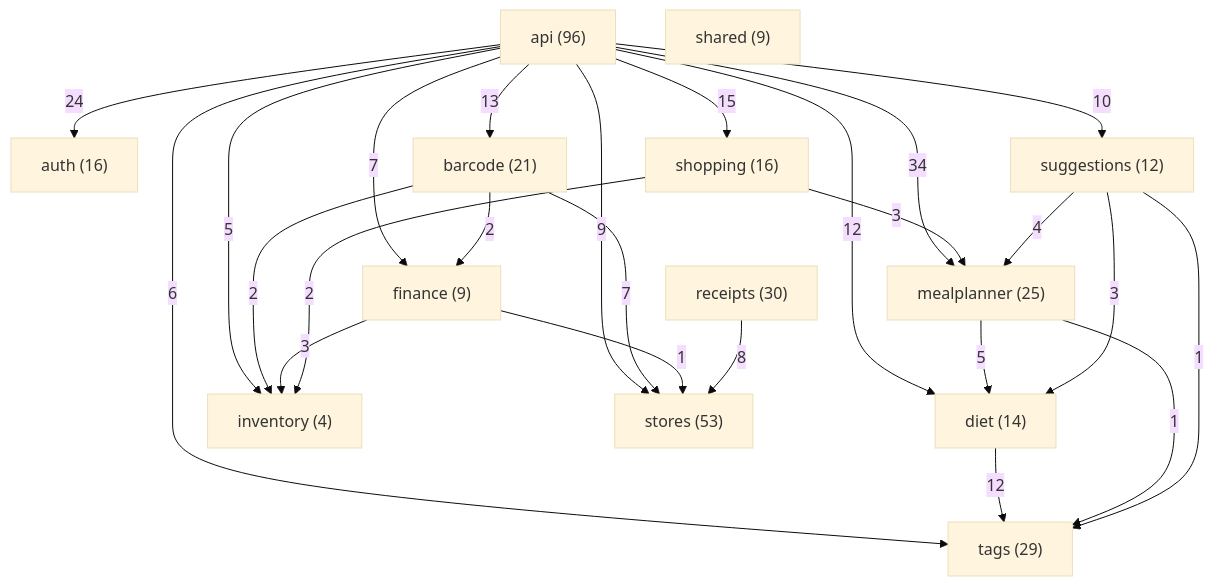
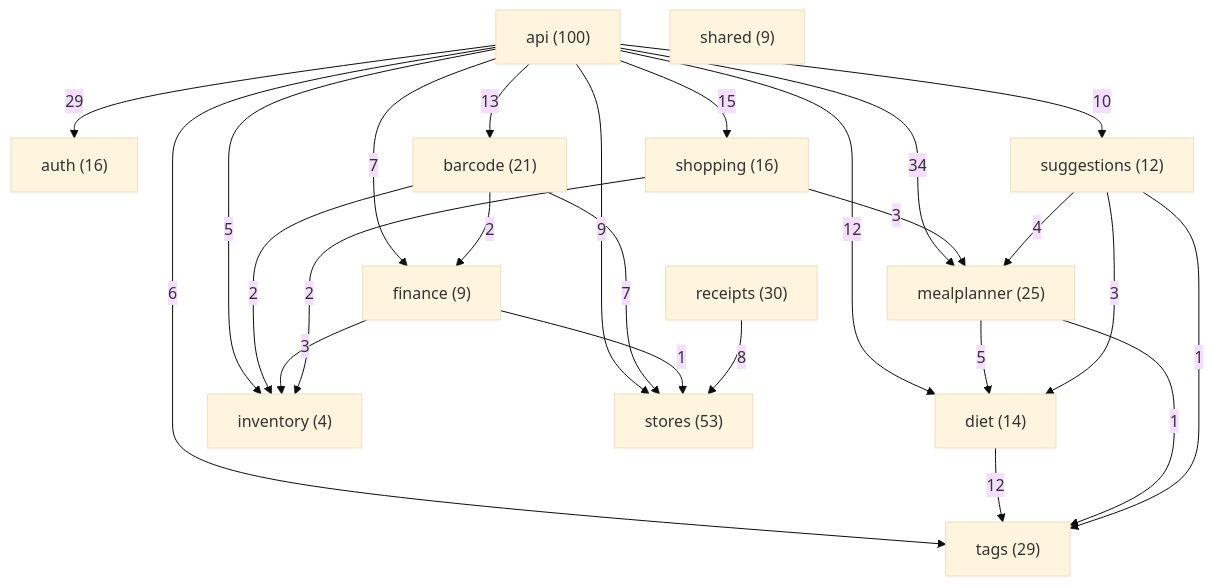
One commit to Nate-ryan-7690/dahaem changed the diagram in docs/classes/README.md. Above: the diagram before and after it, drawn with Mermaid (base theme). The commit also changed other lines of this file and 4 other files, not shown here.

````diff
--- a/docs/classes/README.md
+++ b/docs/classes/README.md
@@ -9,40 +9,40 @@
 ```mermaid
 flowchart TD
-    api["api (96)"]
+    api["api (100)"]
     auth["auth (16)"]
     barcode["barcode (21)"]
     diet["diet (14)"]
     finance["finance (9)"]
     inventory["inventory (4)"]
     mealplanner["mealplanner (25)"]
     receipts["receipts (30)"]
     shared["shared (9)"]
     shopping["shopping (16)"]
     stores["stores (53)"]
     suggestions["suggestions (12)"]
     tags["tags (29)"]
-    api -->|24| auth
+    api -->|29| auth
     api -->|13| barcode
     api -->|12| diet
     api -->|7| finance
     api -->|5| inventory
     api -->|34| mealplanner
     api -->|15| shopping
     api -->|9| stores
     api -->|10| suggestions
     api -->|6| tags
     barcode -->|2| finance
     barcode -->|2| inventory
     barcode -->|7| stores
     diet -->|12| tags
     finance -->|3| inventory
     finance -->|1| stores
     mealplanner -->|5| diet
     mealplanner -->|1| tags
     receipts -->|8| stores
     shopping -->|2| inventory
     shopping -->|3| mealplanner
     suggestions -->|3| diet
     suggestions -->|4| mealplanner
     suggestions -->|1| tags
 ```
````
